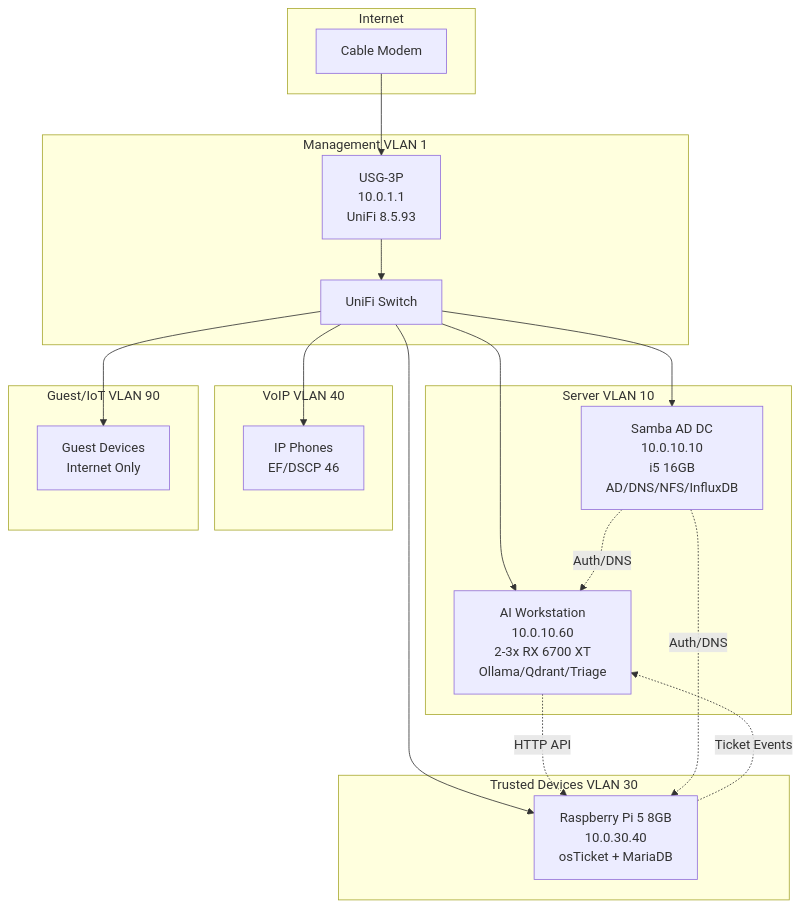
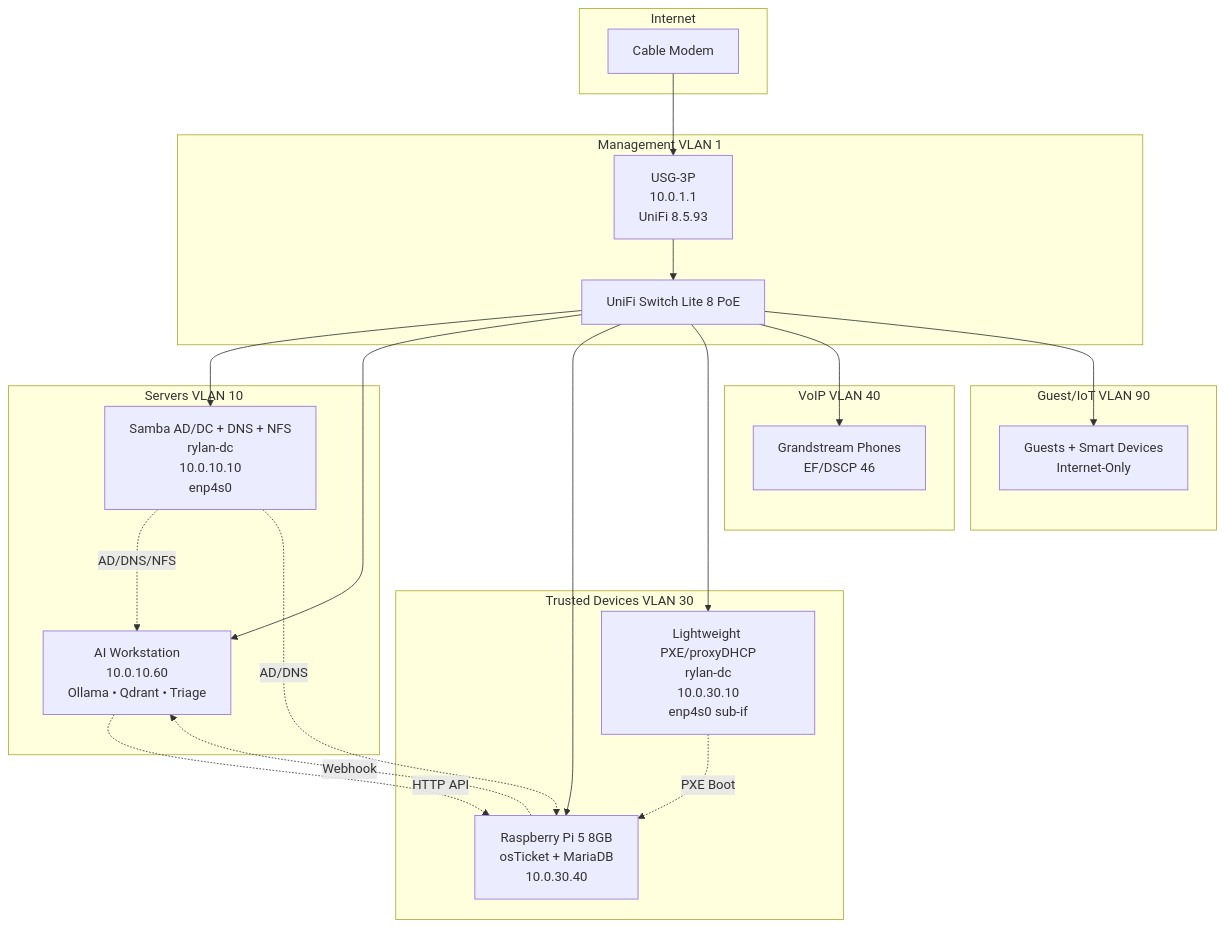
One commit to RylanLabs/rylan-unifi-case-study changed the diagram in README.md. Above: the diagram before and after it, drawn with Mermaid. The commit also changed other lines of this file, not shown here.

````diff
--- a/README.md
+++ b/README.md
@@ -10,41 +9,39 @@
 ```mermaid
 graph TB
     subgraph Internet
         WAN[Cable Modem]
     end
-    
     subgraph "Management VLAN 1"
-        USG[USG-3P<br/>10.0.1.1<br/>UniFi 8.5.93]
-        Switch[UniFi Switch]
+        USG[USG-3P<br>10.0.1.1<br>UniFi 8.5.93]
+        Switch[UniFi Switch Lite 8 PoE]
     end
-    
-    subgraph "Server VLAN 10"
-        ADDS[Samba AD DC<br/>10.0.10.10<br/>i5 16GB<br/>AD/DNS/NFS/InfluxDB]
-        AIWork[AI Workstation<br/>10.0.10.60<br/>2-3x RX 6700 XT<br/>Ollama/Qdrant/Triage]
+    subgraph "Servers VLAN 10"
+        ADDS[Samba AD/DC + DNS + NFS<br>rylan-dc<br>10.0.10.10<br>enp4s0]
+        AIWork[AI Workstation<br>10.0.10.60<br>Ollama • Qdrant • Triage]
     end
-    
     subgraph "Trusted Devices VLAN 30"
-        RPi[Raspberry Pi 5 8GB<br/>10.0.30.40<br/>osTicket + MariaDB]
+        RPi[Raspberry Pi 5 8GB<br>osTicket + MariaDB<br>10.0.30.40]
+        PXE[Lightweight PXE/proxyDHCP<br>rylan-dc<br>10.0.30.10<br>enp4s0 sub-if]
     end
-    
     subgraph "VoIP VLAN 40"
-        Phone[IP Phones<br/>EF/DSCP 46]
+        Phone[Grandstream Phones<br>EF/DSCP 46]
     end
-    
     subgraph "Guest/IoT VLAN 90"
-        Guest[Guest Devices<br/>Internet Only]
+        Guest[Guests + Smart Devices<br>Internet-Only]
     end
-    
+
     WAN --> USG
     USG --> Switch
     Switch --> ADDS
     Switch --> AIWork
     Switch --> RPi
+    Switch --> PXE
     Switch --> Phone
     Switch --> Guest
-    
+
     AIWork -.HTTP API.-> RPi
-    RPi -.Ticket Events.-> AIWork
-    ADDS -.Auth/DNS.-> AIWork
-    ADDS -.Auth/DNS.-> RPi
+    RPi -.Webhook.-> AIWork
+    ADDS -.AD/DNS/NFS.-> AIWork
+    ADDS -.AD/DNS.-> RPi
+    PXE -.PXE Boot.-> RPi
 ```
````
